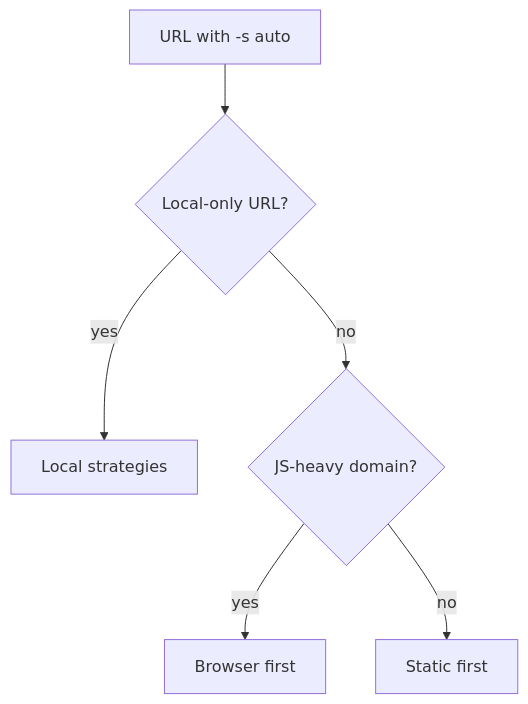
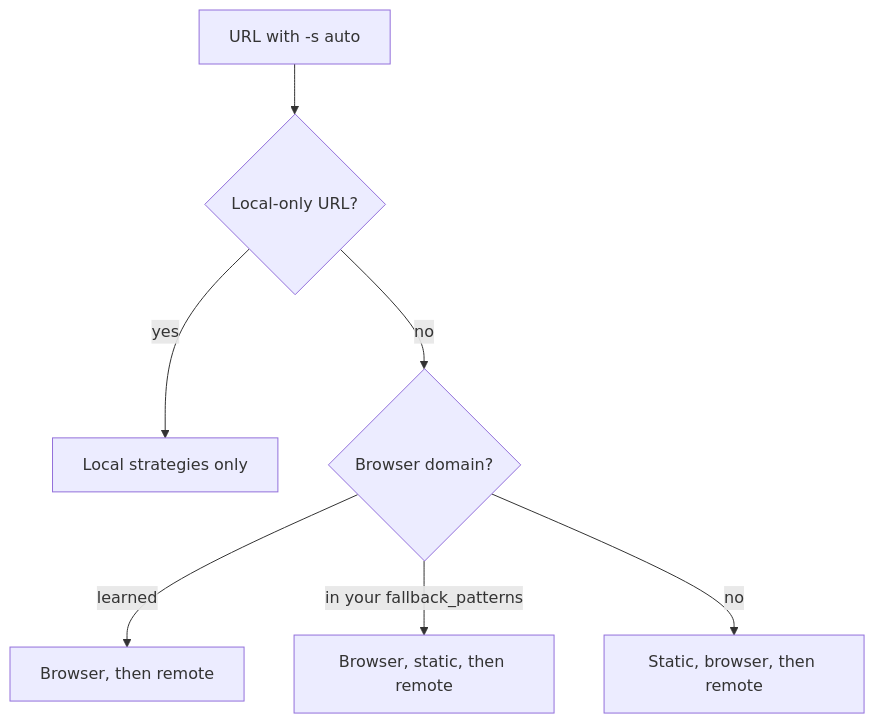
The first of 2 diagrams in website/guide/fetch-policy.md (Ynewtime/markitai), drawn with Mermaid before and after one commit. The commit also changed other lines of this file and 38 other files, not shown here.

````diff
--- a/website/guide/fetch-policy.md
+++ b/website/guide/fetch-policy.md
@@ -24,8 +21,9 @@
 ```mermaid
 flowchart TD
   U["URL with -s auto"] --> L{"Local-only URL?"}
-  L -->|yes| LO[Local strategies]
-  L -->|no| S{"JS-heavy domain?"}
-  S -->|yes| SPA[Browser first]
-  S -->|no| D[Static first]
+  L -->|yes| LO[Local strategies only]
+  L -->|no| S{"Browser domain?"}
+  S -->|"learned"| B[Browser, then remote]
+  S -->|"in your fallback_patterns"| BS[Browser, static, then remote]
+  S -->|no| D[Static, browser, then remote]
 ```
````
